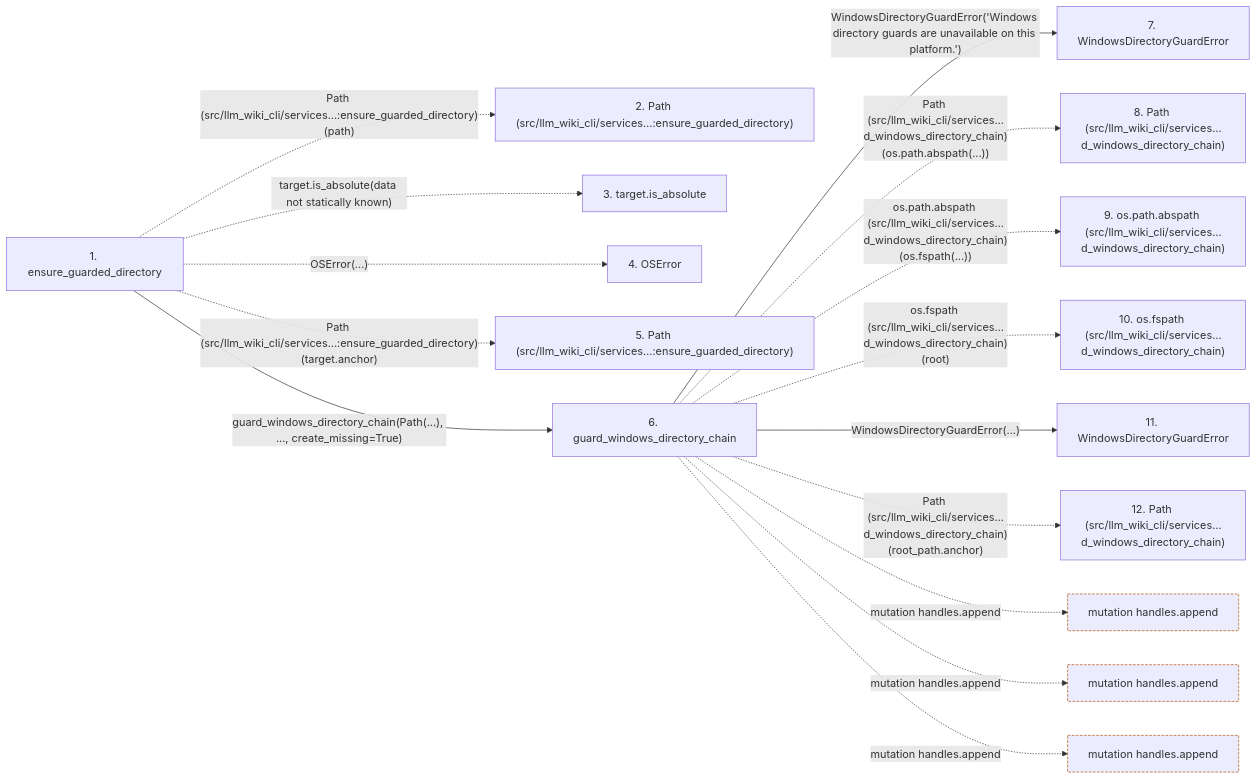
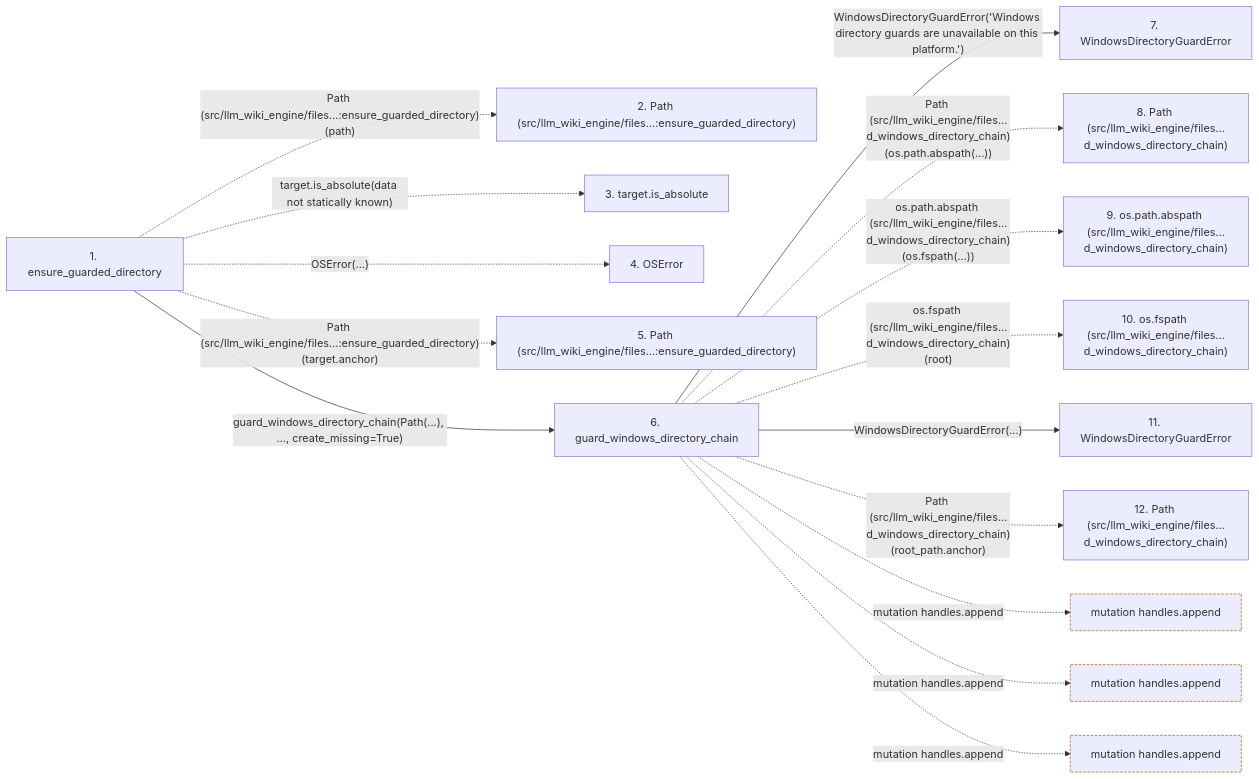
Before and after one commit to Denissvgn/python-wiki-llm: the second of 2 diagrams in docs/llm_wiki/flows/api-ensure_guarded_directory.md, drawn with Mermaid. The commit also changed other lines of this file and 739 other files, not shown here.

First line of the commit message:
docs: refresh the wiki for the second engine batch

````diff
--- a/docs/llm_wiki/flows/api-ensure_guarded_directory.md
+++ b/docs/llm_wiki/flows/api-ensure_guarded_directory.md
@@ -118,40 +118,40 @@
 ```mermaid
 flowchart LR
     s1["1. ensure_guarded_directory"]
-    s2["2. Path (src/llm_wiki_cli/services…:ensure_guarded_directory)"]
+    s2["2. Path (src/llm_wiki_engine/files…:ensure_guarded_directory)"]
     s3["3. target.is_absolute"]
     s4["4. OSError"]
-    s5["5. Path (src/llm_wiki_cli/services…:ensure_guarded_directory)"]
+    s5["5. Path (src/llm_wiki_engine/files…:ensure_guarded_directory)"]
     s6["6. guard_windows_directory_chain"]
     s7["7. WindowsDirectoryGuardError"]
-    s8["8. Path (src/llm_wiki_cli/services…d_windows_directory_chain)"]
-    s9["9. os.path.abspath (src/llm_wiki_cli/services…d_windows_directory_chain)"]
-    s10["10. os.fspath (src/llm_wiki_cli/services…d_windows_directory_chain)"]
+    s8["8. Path (src/llm_wiki_engine/files…d_windows_directory_chain)"]
+    s9["9. os.path.abspath (src/llm_wiki_engine/files…d_windows_directory_chain)"]
+    s10["10. os.fspath (src/llm_wiki_engine/files…d_windows_directory_chain)"]
     s11["11. WindowsDirectoryGuardError"]
-    s12["12. Path (src/llm_wiki_cli/services…d_windows_directory_chain)"]
-    s1 -. "Path (src/llm_wiki_cli/services…:ensure_guarded_directory)(path)" .-> s2
+    s12["12. Path (src/llm_wiki_engine/files…d_windows_directory_chain)"]
+    s1 -. "Path (src/llm_wiki_engine/files…:ensure_guarded_directory)(path)" .-> s2
     s1 -. "target.is_absolute(data not statically known)" .-> s3
     s1 -. "OSError(...)" .-> s4
-    s1 -. "Path (src/llm_wiki_cli/services…:ensure_guarded_directory)(target.anchor)" .-> s5
+    s1 -. "Path (src/llm_wiki_engine/files…:ensure_guarded_directory)(target.anchor)" .-> s5
     s1 -->|"guard_windows_directory_chain(Path(...), ..., create_missing=True)"| s6
     s6 -->|"WindowsDirectoryGuardError('Windows directory guards are unavailable on this platform.')"| s7
-    s6 -. "Path (src/llm_wiki_cli/services…d_windows_directory_chain)(os.path.abspath(...))" .-> s8
-    s6 -. "os.path.abspath (src/llm_wiki_cli/services…d_windows_directory_chain)(os.fspath(...))" .-> s9
-    s6 -. "os.fspath (src/llm_wiki_cli/services…d_windows_directory_chain)(root)" .-> s10
+    s6 -. "Path (src/llm_wiki_engine/files…d_windows_directory_chain)(os.path.abspath(...))" .-> s8
+    s6 -. "os.path.abspath (src/llm_wiki_engine/files…d_windows_directory_chain)(os.fspath(...))" .-> s9
+    s6 -. "os.fspath (src/llm_wiki_engine/files…d_windows_directory_chain)(root)" .-> s10
     s6 -->|"WindowsDirectoryGuardError(...)"| s11
-    s6 -. "Path (src/llm_wiki_cli/services…d_windows_directory_chain)(root_path.anchor)" .-> s12
+    s6 -. "Path (src/llm_wiki_engine/files…d_windows_directory_chain)(root_path.anchor)" .-> s12
     b0["mutation handles.append"]
     s6 -. "mutation handles.append" .-> b0
     b1["mutation handles.append"]
     s6 -. "mutation handles.append" .-> b1
     b2["mutation handles.append"]
     s6 -. "mutation handles.append" .-> b2
     click s1 "../modules/filesystem_guard.md"
     click s6 "../modules/filesystem_guard.md"
     click s7 "../modules/filesystem_guard.md"
     click s11 "../modules/filesystem_guard.md"
     classDef boundary stroke:#b45309,stroke-dasharray: 4 2
     class b0 boundary
     class b1 boundary
     class b2 boundary
 ```
````
